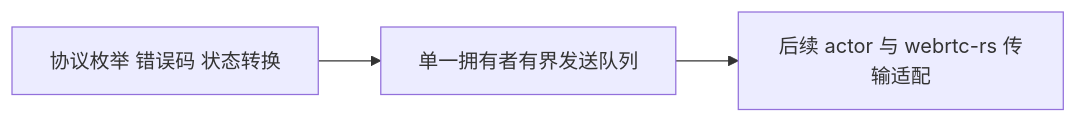
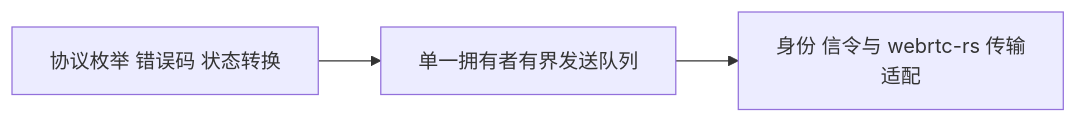
The diagram in docs/SDK基础模块.md (barry-ran/peerloom), drawn with Mermaid before and after one commit. The commit also changed other lines of this file and 20 other files, not shown here.

````diff
--- a/docs/SDK基础模块.md
+++ b/docs/SDK基础模块.md
@@ -5,5 +5,5 @@
 ```mermaid
 flowchart LR
     Protocol[协议枚举 错误码 状态转换] --> Core[单一拥有者有界发送队列]
-    Core --> Future[后续 actor 与 webrtc-rs 传输适配]
+    Core --> Future[身份 信令与 webrtc-rs 传输适配]
 ```
````
